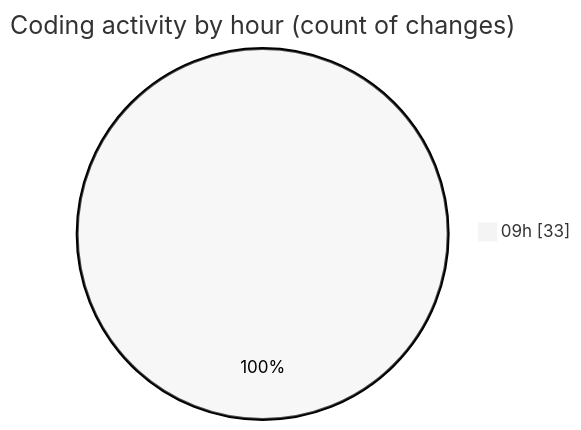
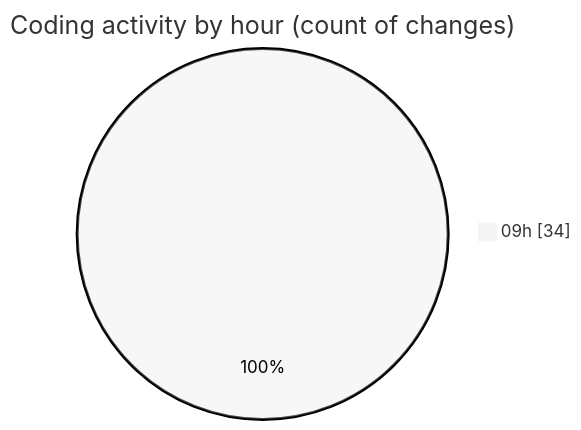
The second of 2 diagrams in 2026-04-23/cda/README.md (momahboobian/code-tracking), drawn with Mermaid (neutral theme) before and after one commit. The commit also changed other lines of this file and 1 other file, not shown here.

````diff
--- a/2026-04-23/cda/README.md
+++ b/2026-04-23/cda/README.md
@@ -36,5 +36,5 @@
 ```mermaid
 pie showData
 title Coding activity by hour (count of changes)
-"09h" : 33
+"09h" : 34
 ```
````
